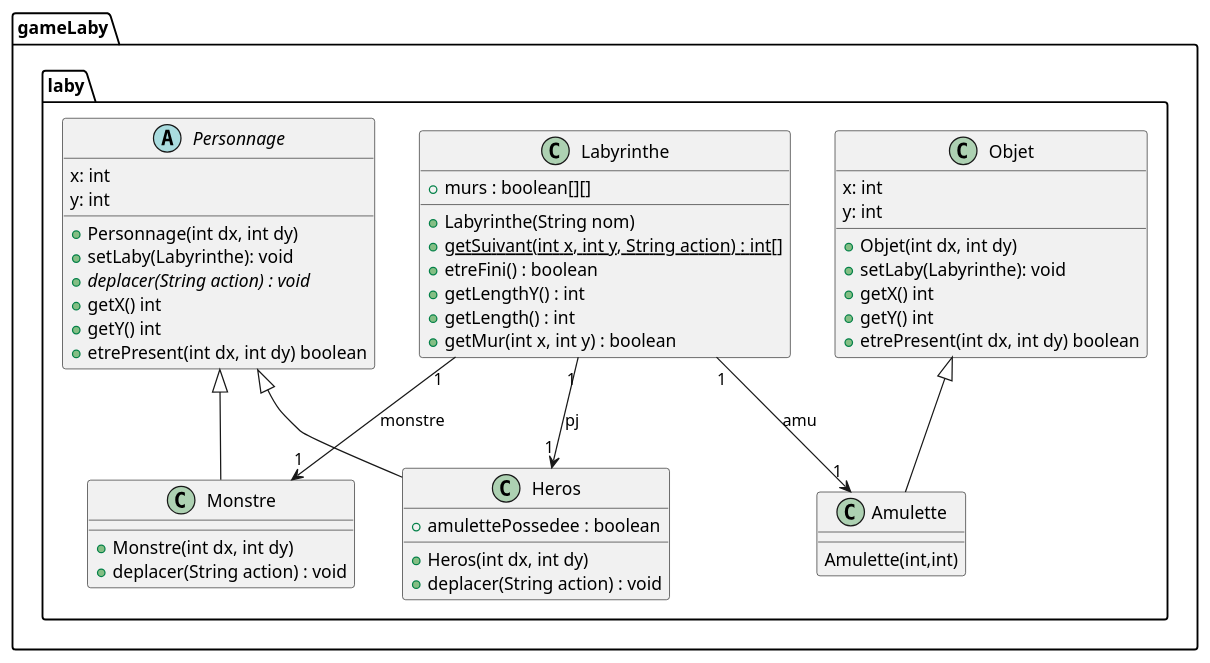
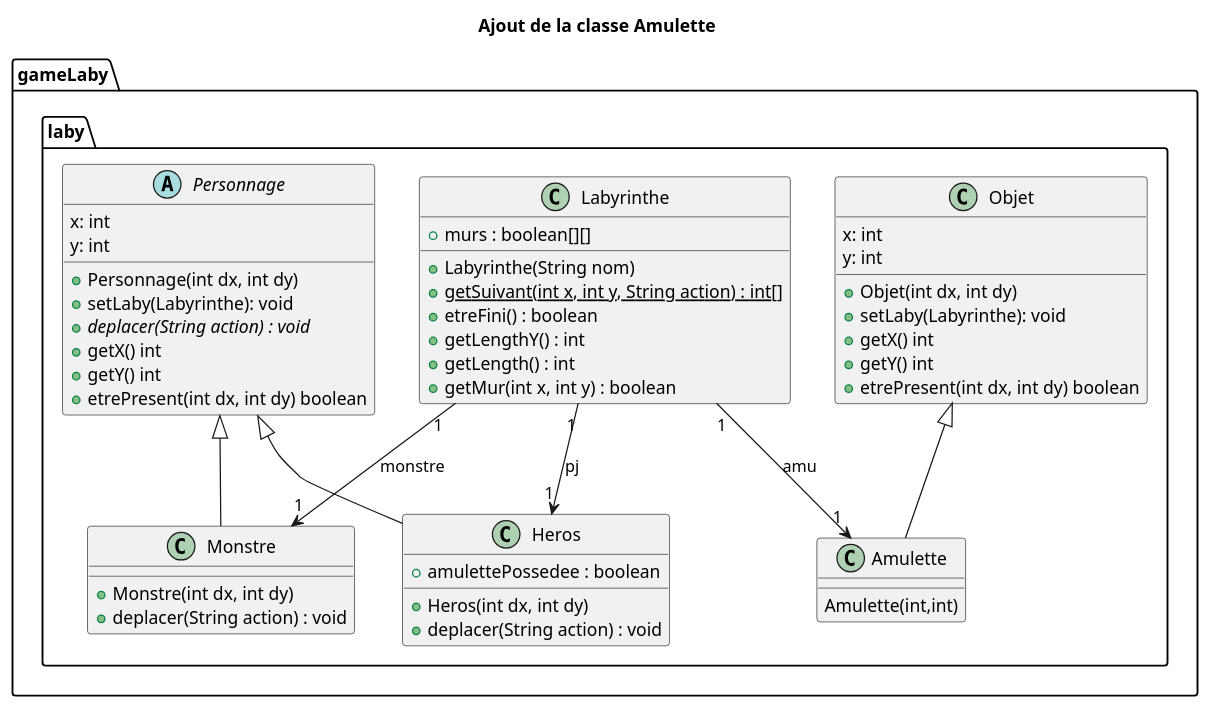
Before and after one commit to crochetremi/2025_Zeldiablo2_e20157u_e82008u_e89209u_e26078u: the diagram in documents/version_4/DC_LabyAmulette.puml, drawn with PlantUML. The commit also changed 4 other files, not shown here.

Commit message:
ajout des titres dans les diagrammes

```diff
--- a/documents/version_4/DC_LabyAmulette.puml
+++ b/documents/version_4/DC_LabyAmulette.puml
@@ -1,153 +1,154 @@
 @startuml
 
+title Ajout de la classe Amulette
 
 package "gameLaby.laby" {
 
     /'interface Jeu {
             +update(double secondes, Clavier clavier) : void
             +etreFini() : boolean
     }'/
 
     /'class Main {
         +{static} main(String[] args) : void
     }'/
 
     /'class MainLaby {
         +{static} main(String[] args) : void
     }'/
 
     /'class LabyJeu {
         '+laby : Labyrinthe
         +perso : Personnage
         +monstre : Personnage
         +LabyJeu():
         +LabyJeu(String):
         +update(double secondes, Clavier clavier) : void
         +init() : void
         +etreFini() : boolean
     }'/
 
     /'class LabyDessin {
         +dessinerJeu(Jeu jeu, Canvas canvas) : void
     }'/
 
     class Labyrinthe {
         /'
         +{static} MUR : char = 'X'
         +{static} PJ : char = 'P'
         +{static} M : char = 'M'
         +{static} VIDE : char = '.'
         +{static} HAUT : String = "Haut"
         +{static} BAS : String = "Bas"
         +{static} GAUCHE : String = "Gauche"
         +{static} DROITE : String = "Droite"
         '/
         +murs : boolean[][]
         +Labyrinthe(String nom)
         +{static} getSuivant(int x, int y, String action) : int[]
         +etreFini() : boolean
         +getLengthY() : int
         +getLength() : int
         +getMur(int x, int y) : boolean
     }
 
         abstract class Personnage {
             x: int
             y: int
             +Personnage(int dx, int dy)
             +setLaby(Labyrinthe): void
             +{abstract} deplacer(String action) : void
             +getX() int
             +getY() int
             +etrePresent(int dx, int dy) boolean
         }
 
 
     class Heros {
         + amulettePossedee : boolean
         +Heros(int dx, int dy)
         +deplacer(String action) : void
     }
 
     class Monstre {
         +Monstre(int dx, int dy)
         +deplacer(String action) : void
     }
 
 
     class Objet{
         x: int
         y: int
         +Objet(int dx, int dy)
         +setLaby(Labyrinthe): void
         +getX() int
         +getY() int
         +etrePresent(int dx, int dy) boolean
     }
 
     class Amulette{
         Amulette(int,int)
     }
 
 }
 
 package "moteurJeu" {
     interface Jeu {
         +update(double secondes, Clavier clavier) : void
         +etreFini() : boolean
     }
 
     interface DessinJeu {
         +dessinerJeu(Jeu jeu, Canvas canvas) : void
     }
 
     class Clavier {
         +bas : boolean
         +haut : boolean
         +gauche : boolean
         +droite : boolean
     }
 
     class MoteurJeu {
         +{static} setTaille(int width, int height) : void
         +{static} setFPS(int fps) : void
         +{static} launch(Jeu jeu, DessinJeu dessin) : void
     }
 }
 
 ' Relations
 /'Jeu <|.. LabyJeu
 DessinJeu <|.. LabyDessin
 
 Labyrinthe --> Monstre
 Labyrinthe --> Heros
 
 
 LabyJeu --> Labyrinthe : contains
 Personnage <|-- Heros
 Personnage <|-- Monstre
 Labyrinthe --> Personnage
 
 
 Main ..> Labyrinthe : uses
 MainLaby ..> LabyJeu : creates
 MainLaby ..> LabyDessin : creates
 MainLaby ..> MoteurJeu : uses
 
 LabyJeu ..> Clavier : uses
 LabyDessin ..> LabyJeu : uses
 '/
 
 Labyrinthe "1" --> "1" Monstre : monstre
 Labyrinthe "1" --> "1" Heros : pj
 Labyrinthe "1" --> "1" Amulette : amu
 
 Personnage <|-- Heros
 Personnage <|-- Monstre
 Objet <|-- Amulette
 
 
 
 remove moteurJeu
 
 @enduml
```
